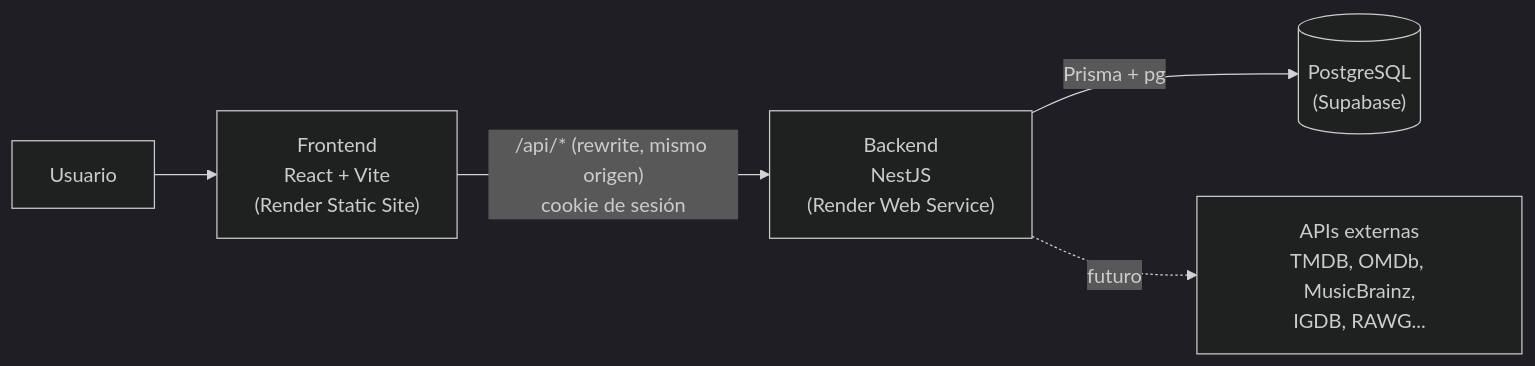
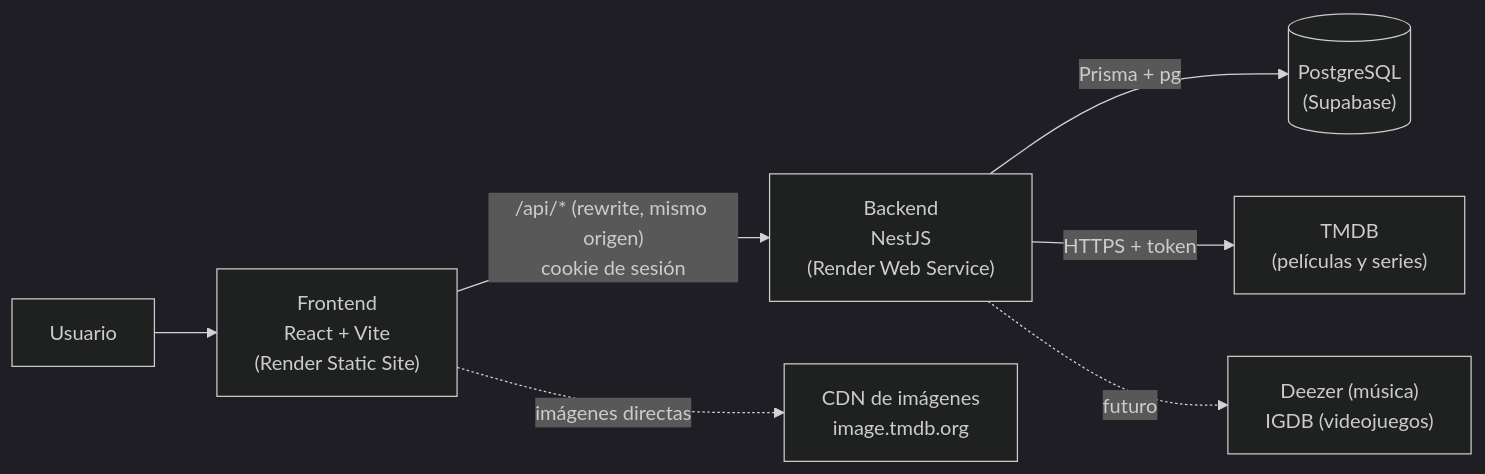
Before and after one commit to nicoaranc/opinai: the first of 2 diagrams in architecture.md, drawn with Mermaid (dark theme). The commit also changed other lines of this file and 28 other files, not shown here.

First line of the commit message:
Add TMDB integration to search and import movies and series

````diff
--- a/architecture.md
+++ b/architecture.md
@@ -25,7 +25,9 @@
 ```mermaid
 flowchart LR
     U[Usuario] --> F["Frontend<br/>React + Vite<br/>(Render Static Site)"]
     F -->|"/api/* (rewrite, mismo origen)<br/>cookie de sesión"| B["Backend<br/>NestJS<br/>(Render Web Service)"]
     B -->|Prisma + pg| D[("PostgreSQL<br/>(Supabase)")]
-    B -.->|futuro| X["APIs externas<br/>TMDB, OMDb, MusicBrainz,<br/>IGDB, RAWG..."]
+    B -->|HTTPS + token| T["TMDB<br/>(películas y series)"]
+    B -.->|futuro| X["Deezer (música)<br/>IGDB (videojuegos)"]
+    F -.->|imágenes directas| CDN["CDN de imágenes<br/>image.tmdb.org"]
 ```
````
